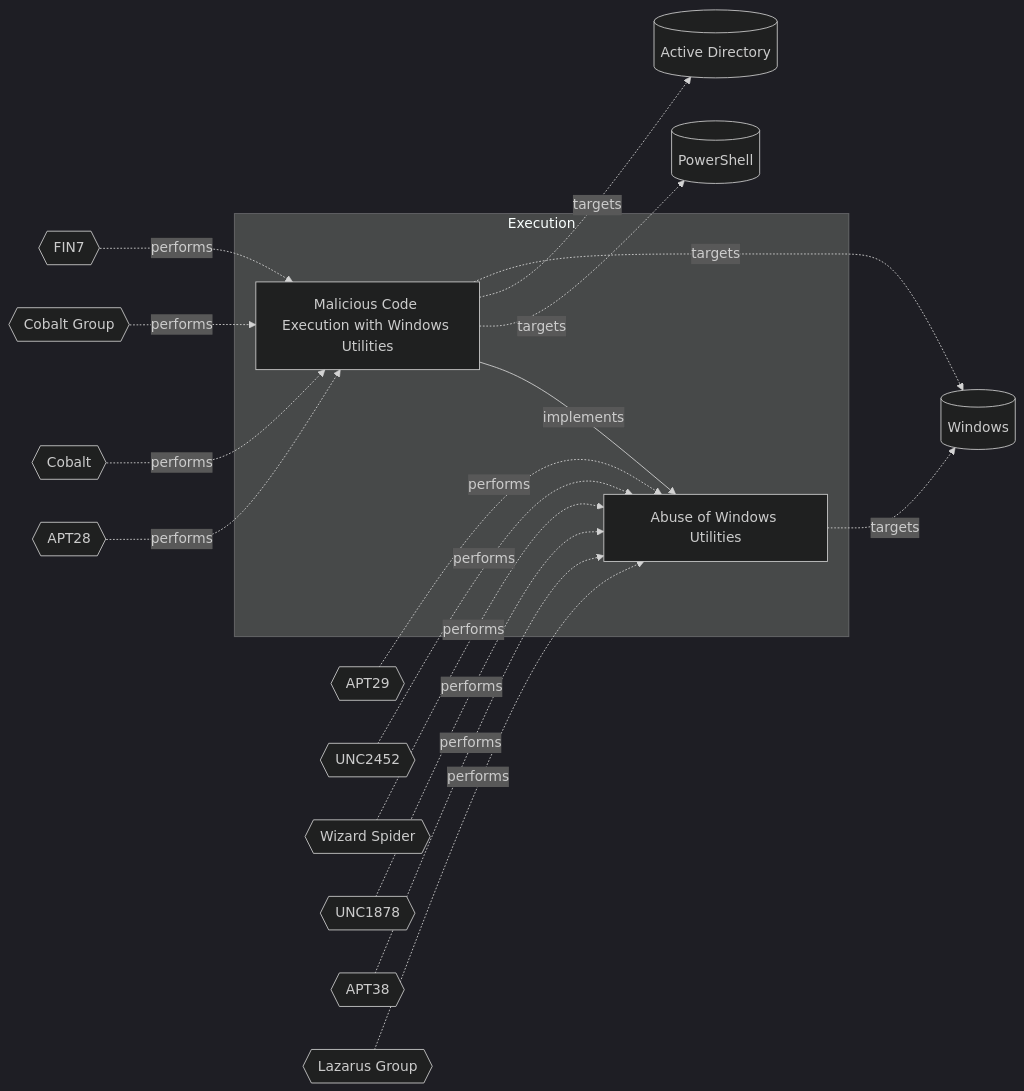
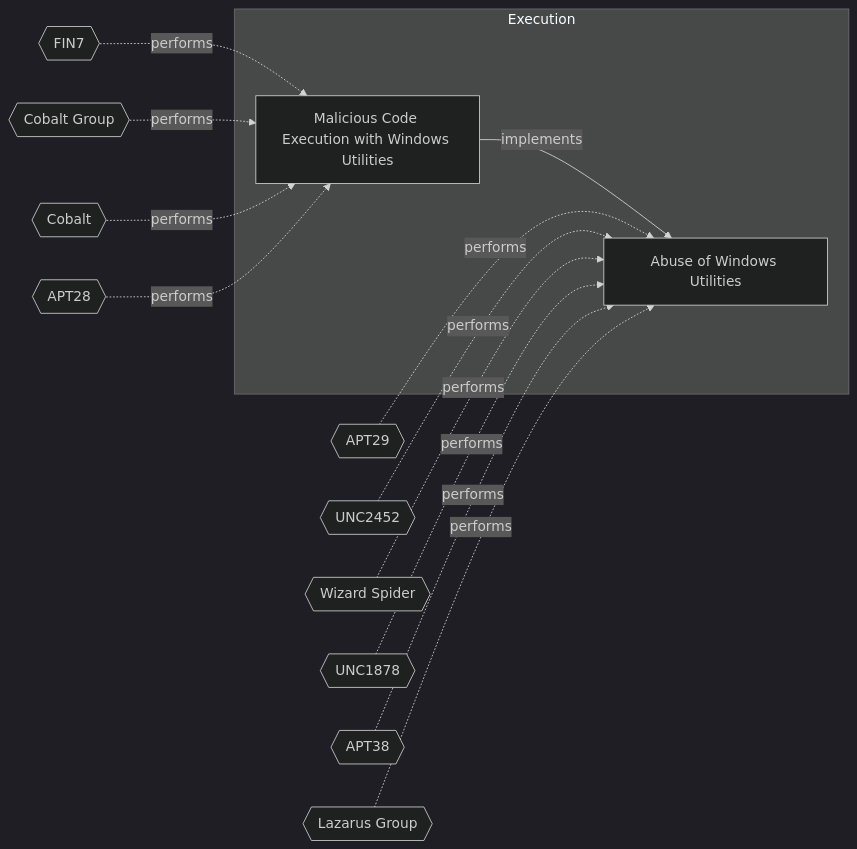
The diagram in Models/Threat Vectors/☣️ Malicious Code Execution with Windows Utilities.md (OpenTideHQ/WikiTide), drawn with Mermaid (dark theme) before and after one commit. The commit also changed other lines of this file and 232 other files, not shown here.

````diff
--- a/Models/Threat Vectors/☣️ Malicious Code Execution with Windows Utilities.md
+++ b/Models/Threat Vectors/☣️ Malicious Code Execution with Windows Utilities.md
@@ -91,44 +91,37 @@
 ```mermaid
 
 flowchart LR
 
 d5892ae6-d022-4ac8-858c-c2756067cdac[Malicious Code Execution with Windows Utilities]
 d5039f2c-9fcc-4ba3-ad6a-da8c891ba745[Abuse of Windows Utilities]
 
 subgraph Execution
 d5892ae6-d022-4ac8-858c-c2756067cdac
 d5039f2c-9fcc-4ba3-ad6a-da8c891ba745
 end
 
-Windows[(Windows)]
-ActiveDirectory[(Active Directory)]
-PowerShell[(PowerShell)]
 FIN7{{FIN7}}
 CobaltGroup{{Cobalt Group}}
 Cobalt{{Cobalt}}
 APT28{{APT28}}
 APT29{{APT29}}
 UNC2452{{UNC2452}}
 WizardSpider{{Wizard Spider}}
 UNC1878{{UNC1878}}
 APT38{{APT38}}
 LazarusGroup{{Lazarus Group}}
 
-d5892ae6-d022-4ac8-858c-c2756067cdac -.->|targets| Windows
-d5892ae6-d022-4ac8-858c-c2756067cdac -.->|targets| ActiveDirectory
-d5892ae6-d022-4ac8-858c-c2756067cdac -.->|targets| PowerShell
-d5039f2c-9fcc-4ba3-ad6a-da8c891ba745 -.->|targets| Windows
 FIN7 -.-> |performs| d5892ae6-d022-4ac8-858c-c2756067cdac
 CobaltGroup -.-> |performs| d5892ae6-d022-4ac8-858c-c2756067cdac
 Cobalt -.-> |performs| d5892ae6-d022-4ac8-858c-c2756067cdac
 APT28 -.-> |performs| d5892ae6-d022-4ac8-858c-c2756067cdac
 APT29 -.-> |performs| d5039f2c-9fcc-4ba3-ad6a-da8c891ba745
 UNC2452 -.-> |performs| d5039f2c-9fcc-4ba3-ad6a-da8c891ba745
 WizardSpider -.-> |performs| d5039f2c-9fcc-4ba3-ad6a-da8c891ba745
 UNC1878 -.-> |performs| d5039f2c-9fcc-4ba3-ad6a-da8c891ba745
 APT38 -.-> |performs| d5039f2c-9fcc-4ba3-ad6a-da8c891ba745
 LazarusGroup -.-> |performs| d5039f2c-9fcc-4ba3-ad6a-da8c891ba745
 
 d5892ae6-d022-4ac8-858c-c2756067cdac -->|implements| d5039f2c-9fcc-4ba3-ad6a-da8c891ba745
 
 ```
````
